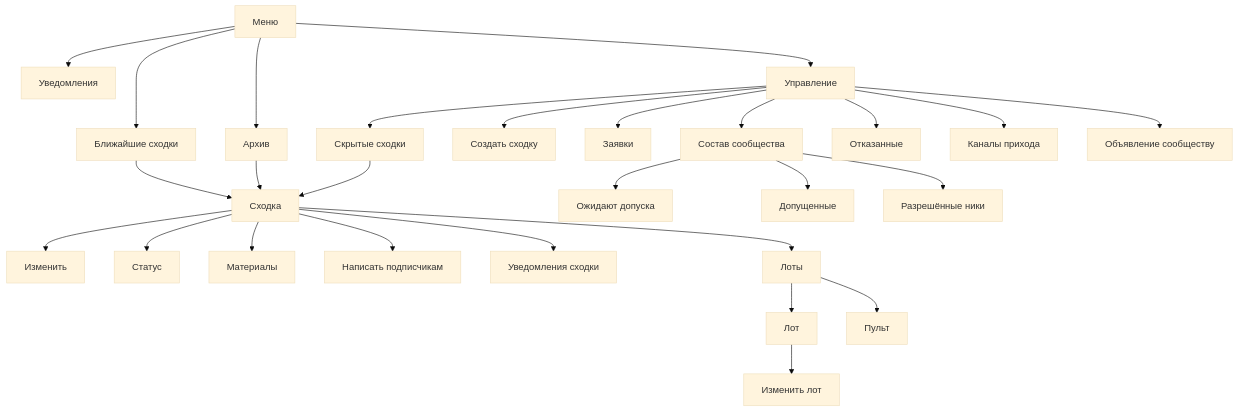
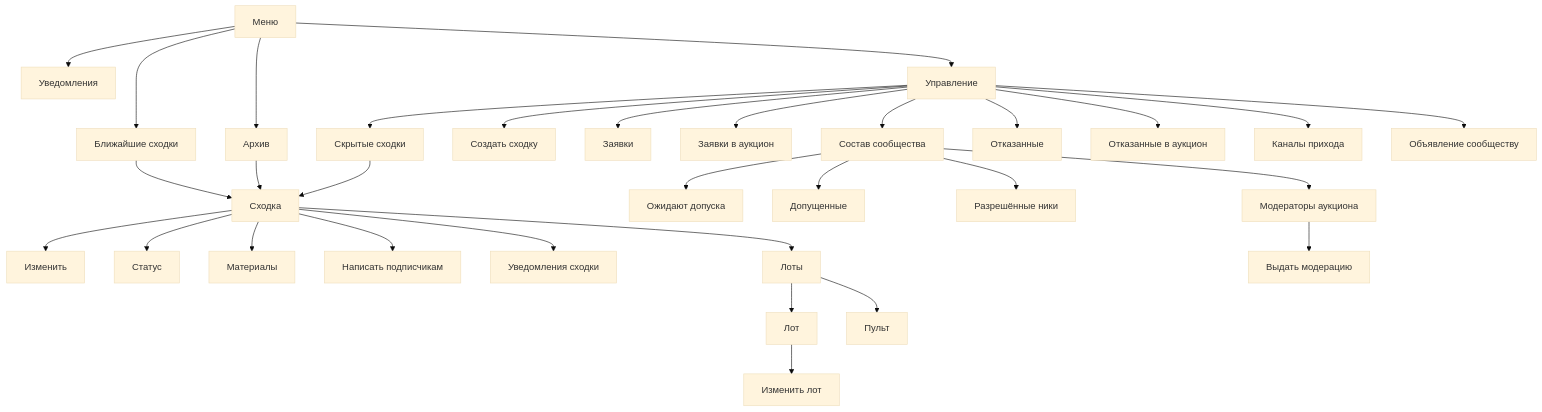
One commit to Solguficky/solguficky-hub changed the first of 2 diagrams in docs/design/bot/design-code.md. Above: the diagram before and after it, drawn with Mermaid (base theme). The commit also changed other lines of this file and 28 other files, not shown here.

First line of the commit message:
[PER-534] Перенести заявки в аукцион в модуль аукциона бота хаба (#395)

````diff
--- a/docs/design/bot/design-code.md
+++ b/docs/design/bot/design-code.md
@@ -37,34 +37,38 @@
 ```mermaid
 flowchart TD
     menu[Меню]
     menu --> upcoming[Ближайшие сходки]
     menu --> archive[Архив]
     menu --> notify[Уведомления]
     menu --> manage[Управление]
 
     upcoming --> card[Сходка]
     archive --> card
     hidden --> card
 
     card --> edit[Изменить]
     card --> status[Статус]
     card --> materials[Материалы]
     card --> broadcast[Написать подписчикам]
     card --> notifyMeetup[Уведомления сходки]
     card --> lots[Лоты]
     lots --> lot[Лот]
     lot --> lotForm[Изменить лот]
     lots --> console[Пульт]
 
     manage --> create[Создать сходку]
     manage --> hidden[Скрытые сходки]
     manage --> applications[Заявки]
+    manage --> auctionApplications[Заявки в аукцион]
     manage --> community[Состав сообщества]
     manage --> refused[Отказанные]
+    manage --> auctionRefused[Отказанные в аукцион]
     manage --> channels[Каналы прихода]
     manage --> announce[Объявление сообществу]
 
     community --> pending[Ожидают допуска]
     community --> members[Допущенные]
     community --> nicks[Разрешённые ники]
+    community --> moderators[Модераторы аукциона]
+    moderators --> grant[Выдать модерацию]
 ```
````
